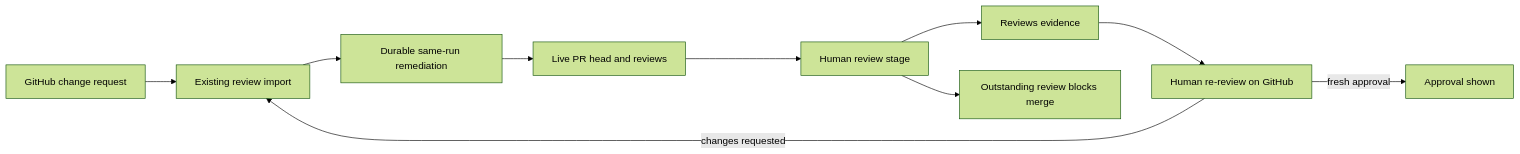
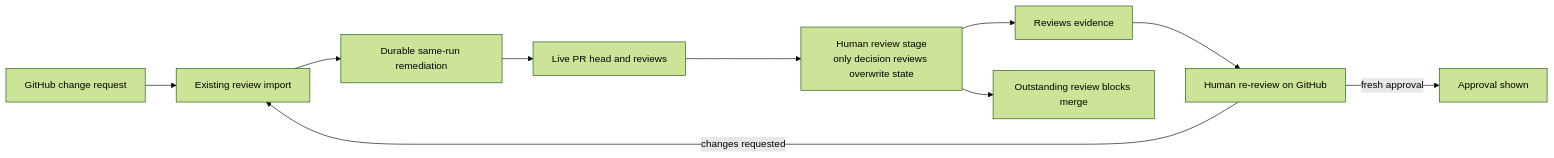
Before and after one commit to bogdaniel/zenchron-engineering-os: the diagram in docs/features/human-rereview.md, drawn with Mermaid (forest theme). The commit also changed other lines of this file and 2 other files, not shown here.

Commit message:
fix(reviews): retain effective change requests after comments (#429)

````diff
--- a/docs/features/human-rereview.md
+++ b/docs/features/human-rereview.md
@@ -13,12 +14,12 @@
 ```mermaid
 flowchart LR
   CR[GitHub change request] --> Import[Existing review import]
   Import --> Run[Durable same-run remediation]
   Run --> Head[Live PR head and reviews]
-  Head --> State[Human review stage]
+  Head --> State[Human review stage<br/>only decision reviews overwrite state]
   State --> UI[Reviews evidence]
   State --> Block[Outstanding review blocks merge]
   UI --> Human[Human re-review on GitHub]
   Human -->|fresh approval| Approved[Approval shown]
   Human -->|changes requested| Import
 ```
````
